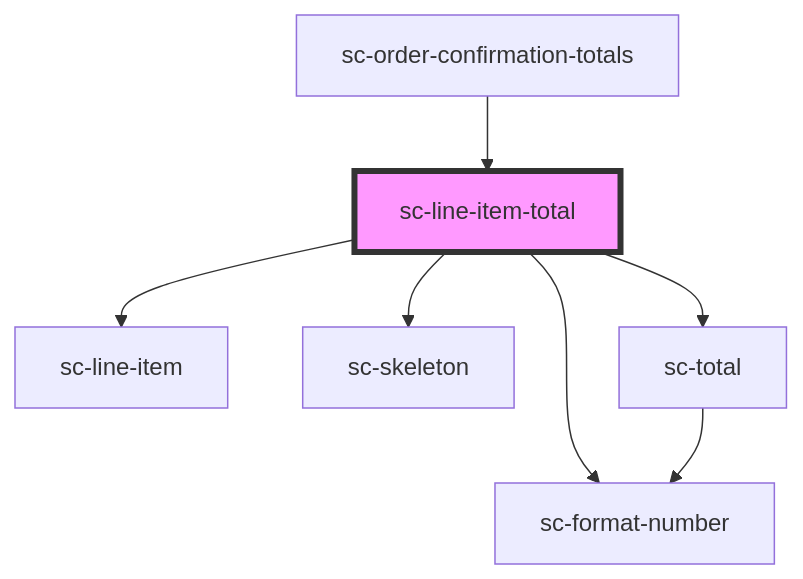
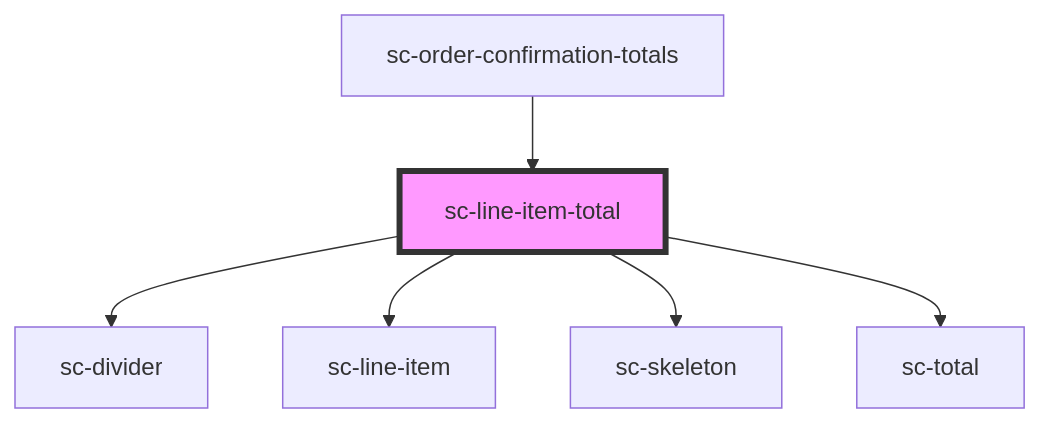
Before and after one commit to surecart/surecart-wp-plugin: the diagram in packages/components/src/components/controllers/checkout-form/line-item-total/readme.md, drawn with Mermaid. The commit also changed other lines of this file and 37 other files, not shown here.

````diff
--- a/packages/components/src/components/controllers/checkout-form/line-item-total/readme.md
+++ b/packages/components/src/components/controllers/checkout-form/line-item-total/readme.md
@@ -31,10 +31,9 @@
 ```mermaid
 graph TD;
+  sc-line-item-total --> sc-divider
   sc-line-item-total --> sc-line-item
   sc-line-item-total --> sc-skeleton
   sc-line-item-total --> sc-total
-  sc-line-item-total --> sc-format-number
-  sc-total --> sc-format-number
   sc-order-confirmation-totals --> sc-line-item-total
   style sc-line-item-total fill:#f9f,stroke:#333,stroke-width:4px
 ```
````
